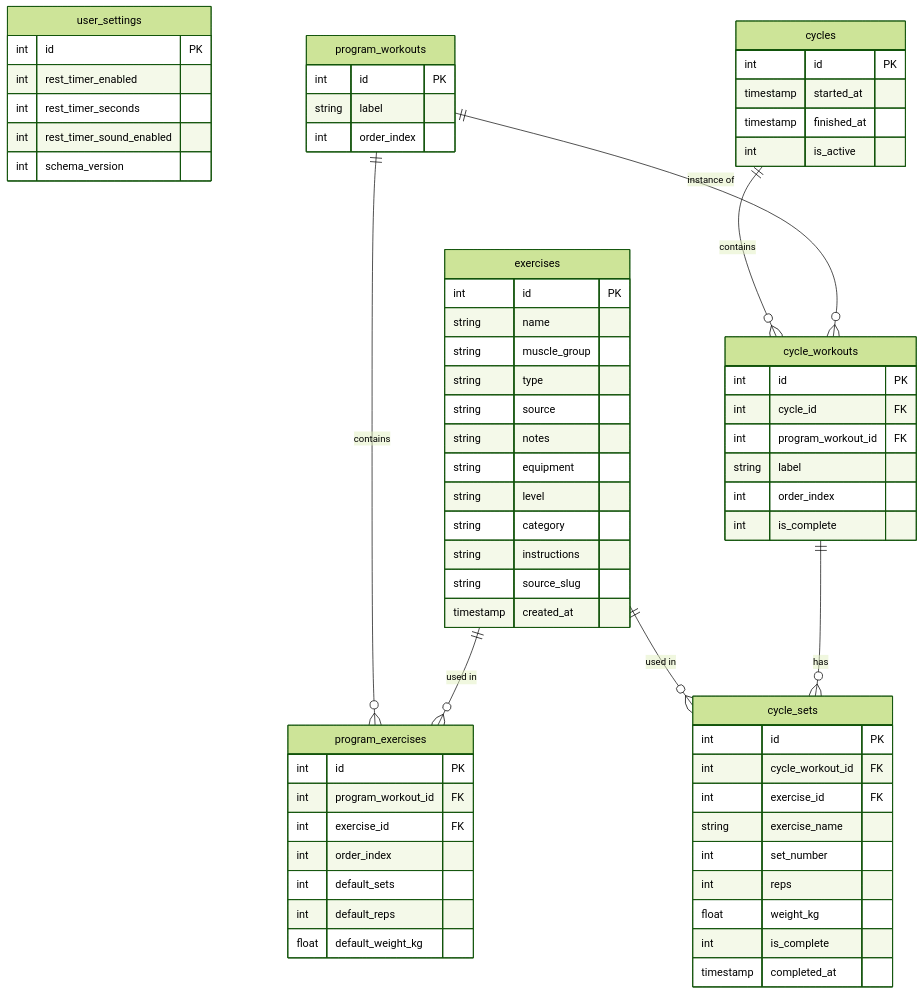
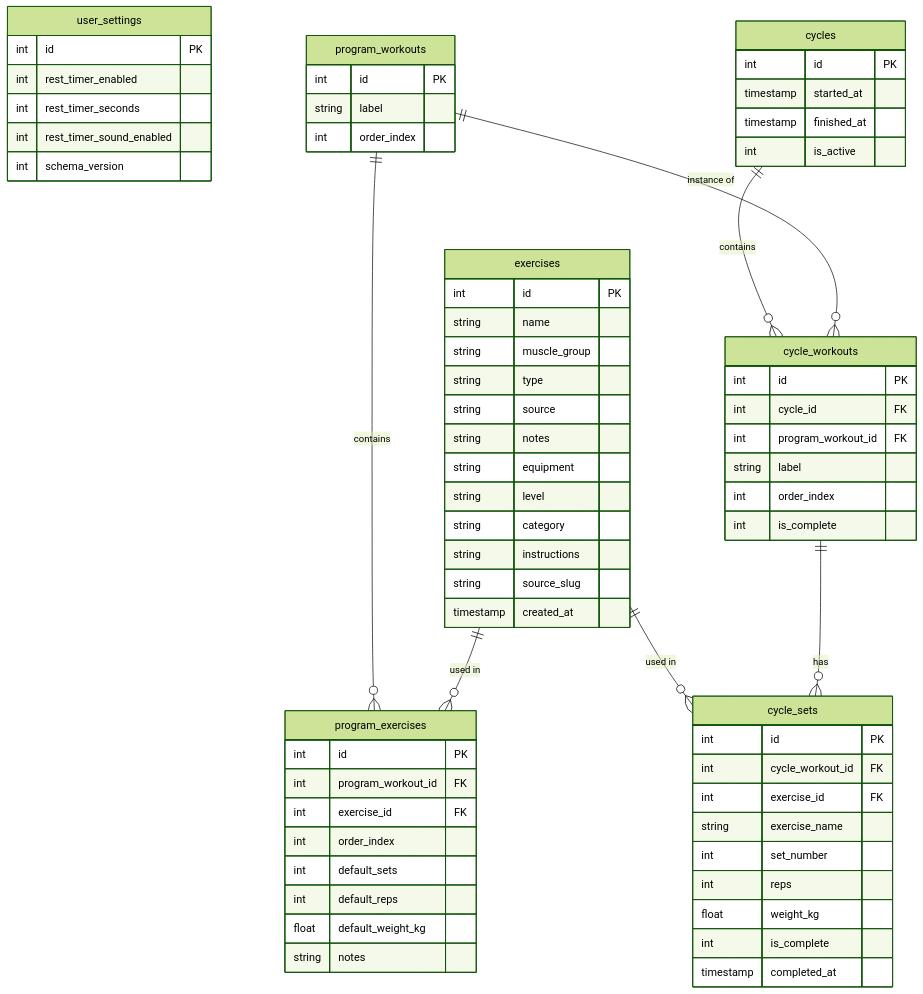
Before and after one commit to Kevintrf/MyTrainingHabits: the diagram in database/schema.md, drawn with Mermaid (forest theme). The commit also changed other lines of this file and 6 other files, not shown here.

````diff
--- a/database/schema.md
+++ b/database/schema.md
@@ -5,76 +5,77 @@
 ```mermaid
 erDiagram
     user_settings {
         int id PK
         int rest_timer_enabled
         int rest_timer_seconds
         int rest_timer_sound_enabled
         int schema_version
     }
 
     exercises {
         int id PK
         string name
         string muscle_group
         string type
         string source
         string notes
         string equipment
         string level
         string category
         string instructions
         string source_slug
         timestamp created_at
     }
 
     program_workouts {
         int id PK
         string label
         int order_index
     }
 
     program_exercises {
         int id PK
         int program_workout_id FK
         int exercise_id FK
         int order_index
         int default_sets
         int default_reps
         float default_weight_kg
+        string notes
     }
 
     cycles {
         int id PK
         timestamp started_at
         timestamp finished_at
         int is_active
     }
 
     cycle_workouts {
         int id PK
         int cycle_id FK
         int program_workout_id FK
         string label
         int order_index
         int is_complete
     }
 
     cycle_sets {
         int id PK
         int cycle_workout_id FK
         int exercise_id FK
         string exercise_name
         int set_number
         int reps
         float weight_kg
         int is_complete
         timestamp completed_at
     }
 
     program_workouts ||--o{ program_exercises : "contains"
     exercises ||--o{ program_exercises : "used in"
     exercises ||--o{ cycle_sets : "used in"
     cycles ||--o{ cycle_workouts : "contains"
     program_workouts ||--o{ cycle_workouts : "instance of"
     cycle_workouts ||--o{ cycle_sets : "has"
 ```
````
